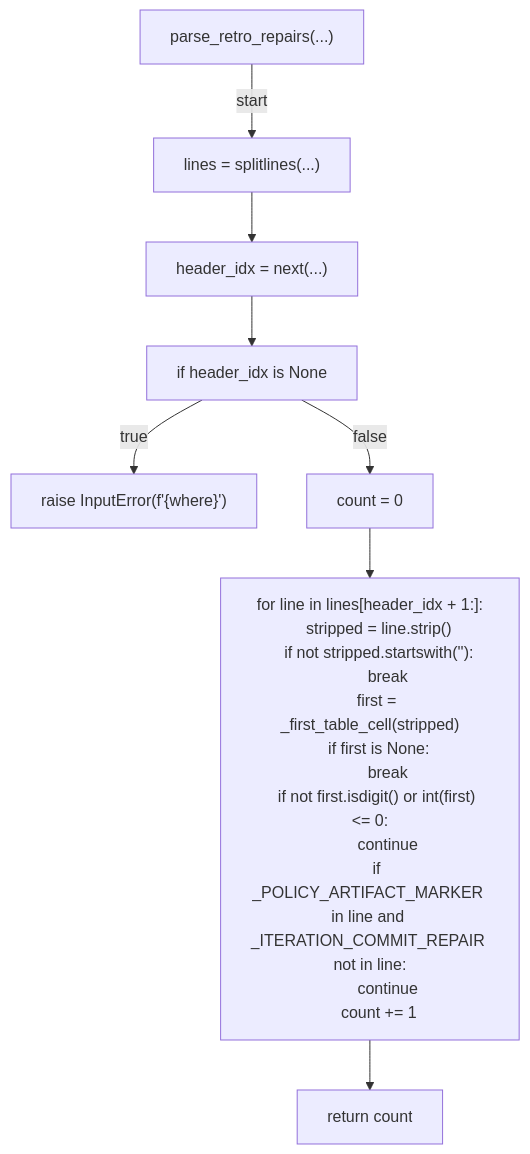
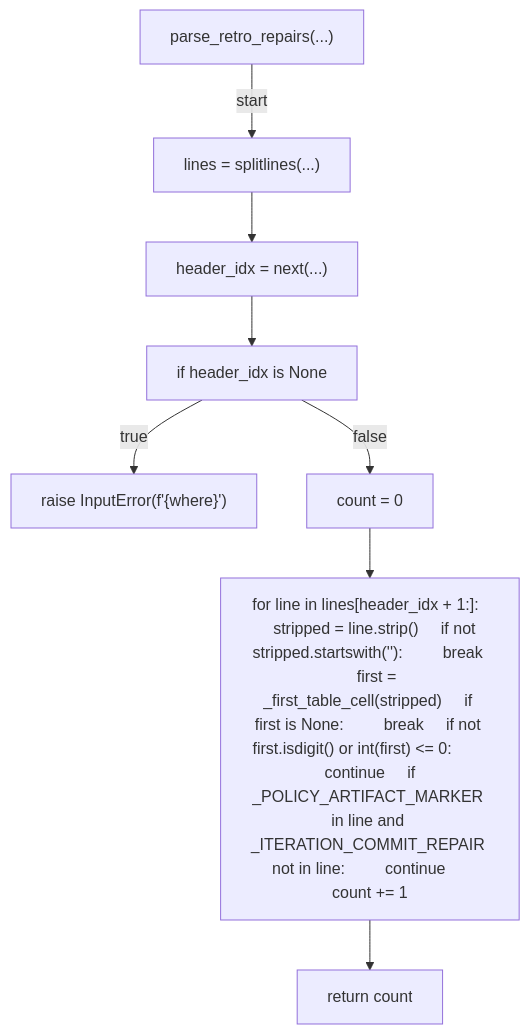
The fifth of 13 diagrams in docs/generated/scripts/ast/compare_cache_regimes.md (tvna/claude-md), drawn with Mermaid before and after one commit. The commit also changed other lines of this file and 30 other files, not shown here.

First line of the commit message:
docs(generated): regenerate decision tree and workflow diagrams (batch 2/5)

````diff
--- a/docs/generated/scripts/ast/compare_cache_regimes.md
+++ b/docs/generated/scripts/ast/compare_cache_regimes.md
@@ -79,29 +79,18 @@
 ```mermaid
 flowchart TD
     N001["parse_retro_repairs(...)"]
     N002["lines = splitlines(...)"]
     N003["header_idx = next(...)"]
     N004["if header_idx is None"]
     N005["raise InputError(f'{where}<str>')"]
     N006["count = 0"]
-    N007["for line in lines[header_idx + 1:]:
-    stripped = line.strip()
-    if not stripped.startswith('<str>'):
-        break
-    first = _first_table_cell(stripped)
-    if first is None:
-        break
-    if not first.isdigit() or int(first) <= 0:
-        continue
-    if _POLICY_ARTIFACT_MARKER in line and _ITERATION_COMMIT_REPAIR not in line:
-        continue
-    count += 1"]
+    N007["for line in lines[header_idx + 1:]:     stripped = line.strip()     if not stripped.startswith('<str>'):         break     first = _first_table_cell(stripped)     if first is None:         break     if not first.isdigit() or int(first) <= 0:         continue     if _POLICY_ARTIFACT_MARKER in line and _ITERATION_COMMIT_REPAIR not in line:         continue     count += 1"]
     N008["return count"]
     N001 -->|"start"| N002
     N002 --> N003
     N003 --> N004
     N004 -->|"true"| N005
     N004 -->|"false"| N006
     N006 --> N007
     N007 --> N008
 ```
````
